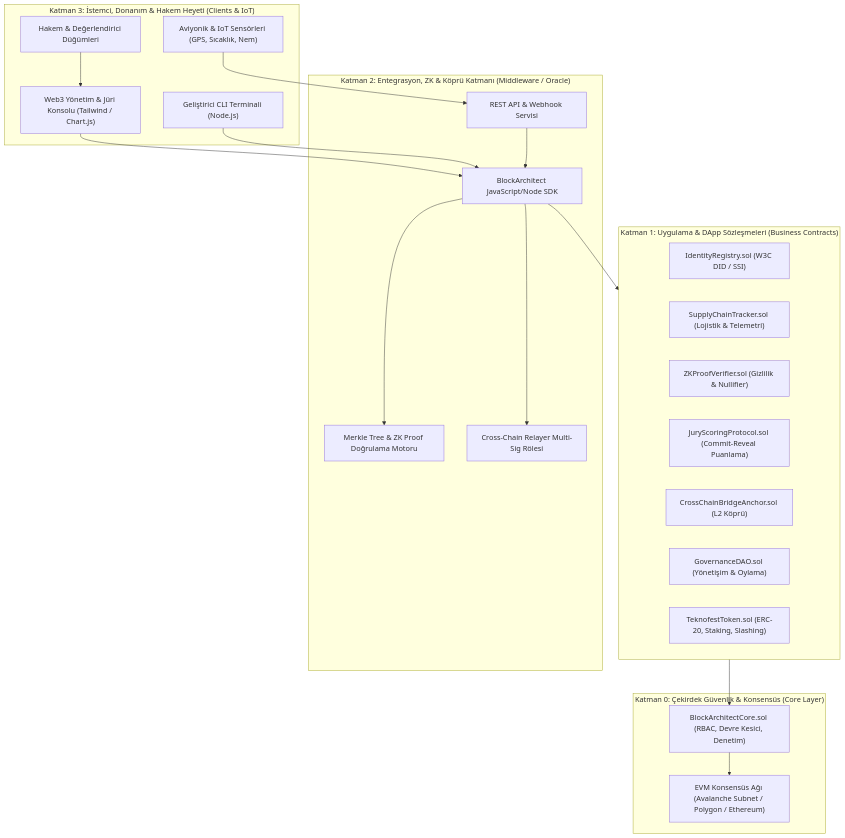
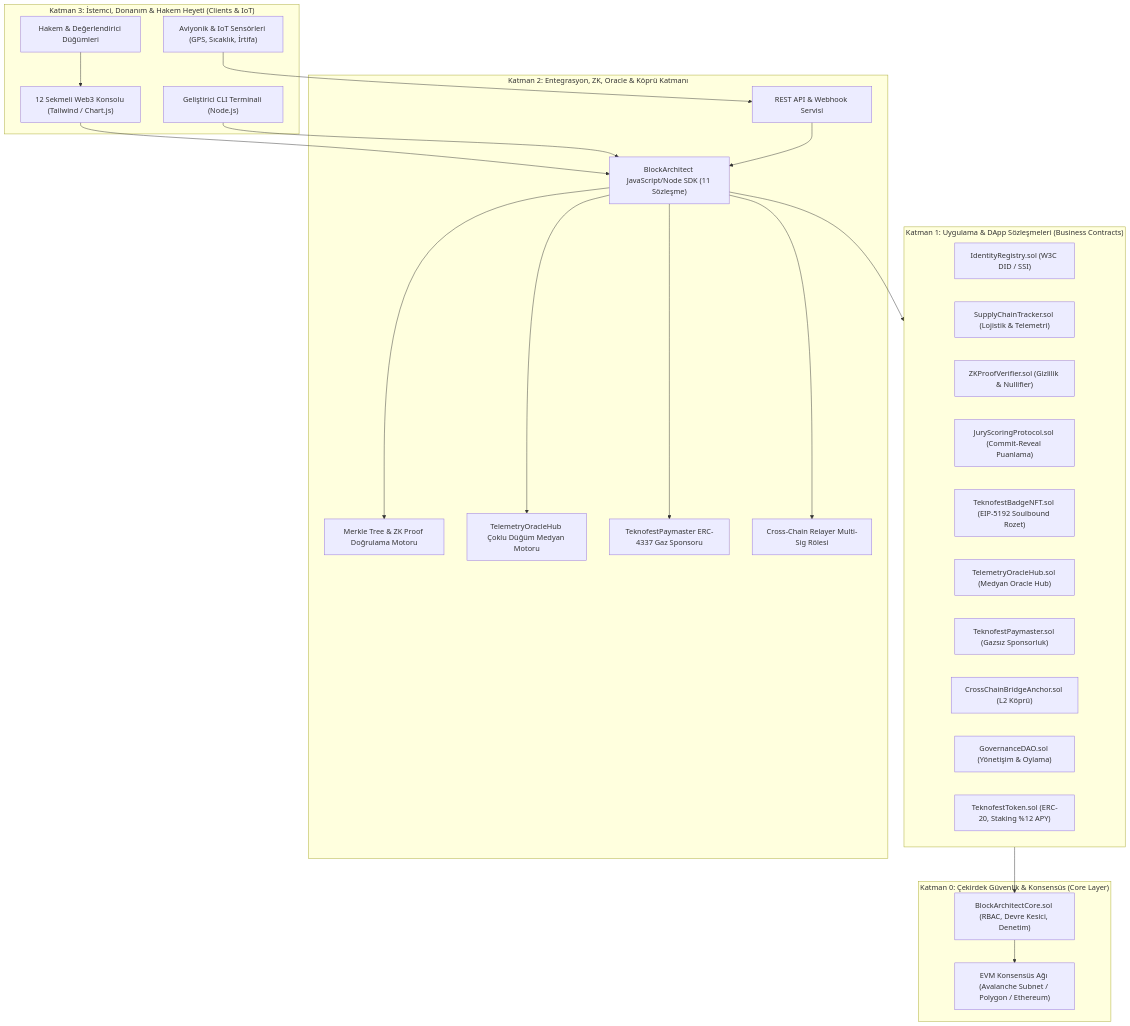
The first of 8 diagrams in docs/ARCHITECTURE.md (bahattinyunus/teknofest_blokzincir), drawn with Mermaid before and after one commit. The commit also changed other lines of this file and 20 other files, not shown here.

Commit message:
feat: 11-contract enterprise suite with Soulbound NFT, Telemetry Oracle Hub, Paymaster, 30 passing tests, and 12-tab Web3 console

````diff
--- a/docs/ARCHITECTURE.md
+++ b/docs/ARCHITECTURE.md
@@ -11,42 +11,49 @@
 ```mermaid
 flowchart TD
     subgraph L3["Katman 3: İstemci, Donanım & Hakem Heyeti (Clients & IoT)"]
-        UI["Web3 Yönetim & Jüri Konsolu (Tailwind / Chart.js)"]
+        UI["12 Sekmeli Web3 Konsolu (Tailwind / Chart.js)"]
         CLI["Geliştirici CLI Terminali (Node.js)"]
-        Sensors["Aviyonik & IoT Sensörleri (GPS, Sıcaklık, Nem)"]
+        Sensors["Aviyonik & IoT Sensörleri (GPS, Sıcaklık, İrtifa)"]
         JuryNode["Hakem & Değerlendirici Düğümleri"]
     end
 
-    subgraph L2["Katman 2: Entegrasyon, ZK & Köprü Katmanı (Middleware / Oracle)"]
-        SDK["BlockArchitect JavaScript/Node SDK"]
+    subgraph L2["Katman 2: Entegrasyon, ZK, Oracle & Köprü Katmanı"]
+        SDK["BlockArchitect JavaScript/Node SDK (11 Sözleşme)"]
         API["REST API & Webhook Servisi"]
         Merkle["Merkle Tree & ZK Proof Doğrulama Motoru"]
+        Oracle["TelemetryOracleHub Çoklu Düğüm Medyan Motoru"]
+        Paymaster["TeknofestPaymaster ERC-4337 Gaz Sponsoru"]
         Relayer["Cross-Chain Relayer Multi-Sig Rölesi"]
     end
 
     subgraph L1["Katman 1: Uygulama & DApp Sözleşmeleri (Business Contracts)"]
         DID["IdentityRegistry.sol (W3C DID / SSI)"]
         SC["SupplyChainTracker.sol (Lojistik & Telemetri)"]
         ZK["ZKProofVerifier.sol (Gizlilik & Nullifier)"]
         JURY["JuryScoringProtocol.sol (Commit-Reveal Puanlama)"]
+        NFT["TeknofestBadgeNFT.sol (EIP-5192 Soulbound Rozet)"]
+        ORC["TelemetryOracleHub.sol (Medyan Oracle Hub)"]
+        PM["TeknofestPaymaster.sol (Gazsız Sponsorluk)"]
         BRIDGE["CrossChainBridgeAnchor.sol (L2 Köprü)"]
         DAO["GovernanceDAO.sol (Yönetişim & Oylama)"]
-        TKF["TeknofestToken.sol (ERC-20, Staking, Slashing)"]
+        TKF["TeknofestToken.sol (ERC-20, Staking %12 APY)"]
     end
 
     subgraph L0["Katman 0: Çekirdek Güvenlik & Konsensüs (Core Layer)"]
         Core["BlockArchitectCore.sol (RBAC, Devre Kesici, Denetim)"]
         EVM["EVM Konsensüs Ağı (Avalanche Subnet / Polygon / Ethereum)"]
     end
 
     UI --> SDK
     CLI --> SDK
     Sensors --> API
     JuryNode --> UI
     API --> SDK
     SDK --> Merkle
+    SDK --> Oracle
+    SDK --> Paymaster
     SDK --> Relayer
     SDK --> L1
     L1 --> Core
     Core --> EVM
 ```
````
